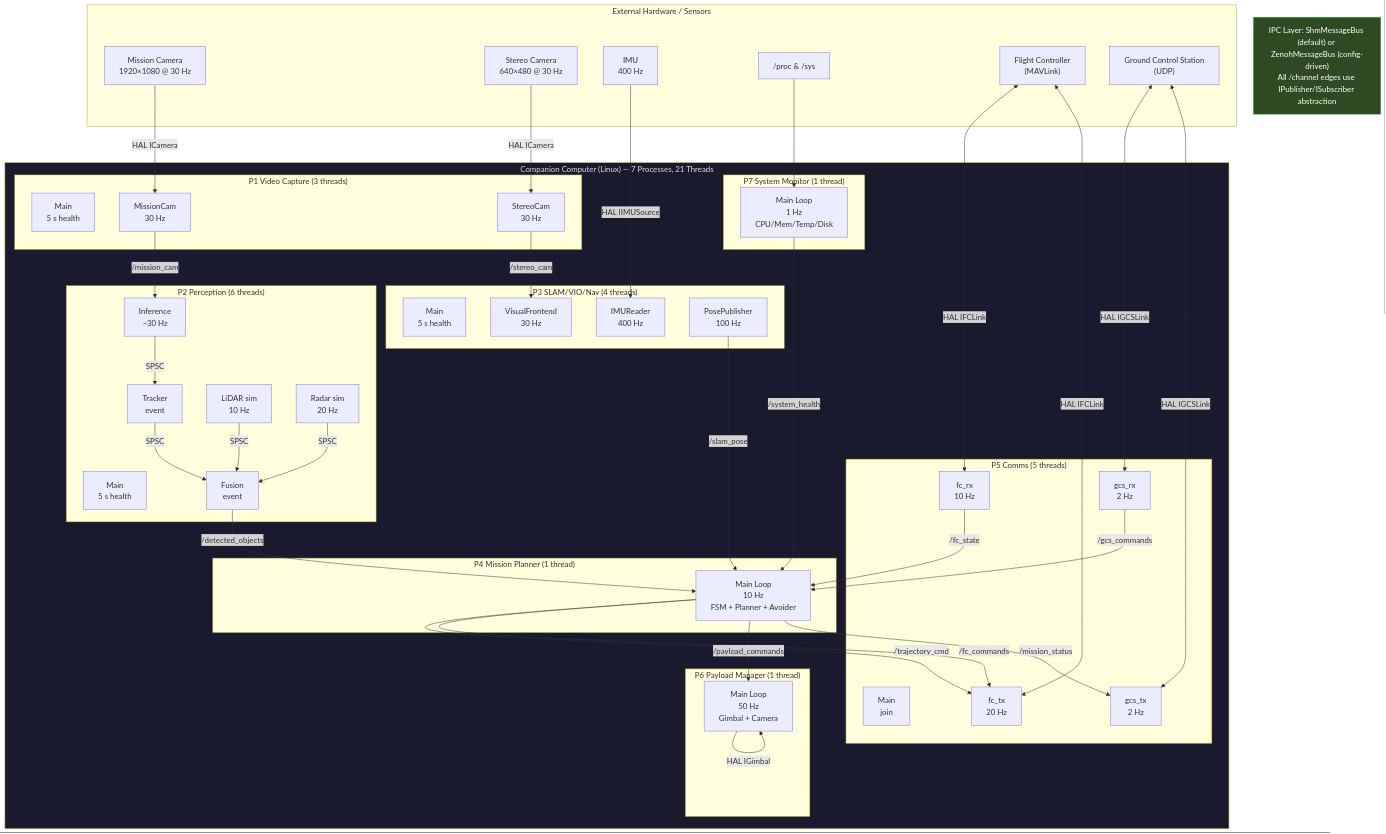
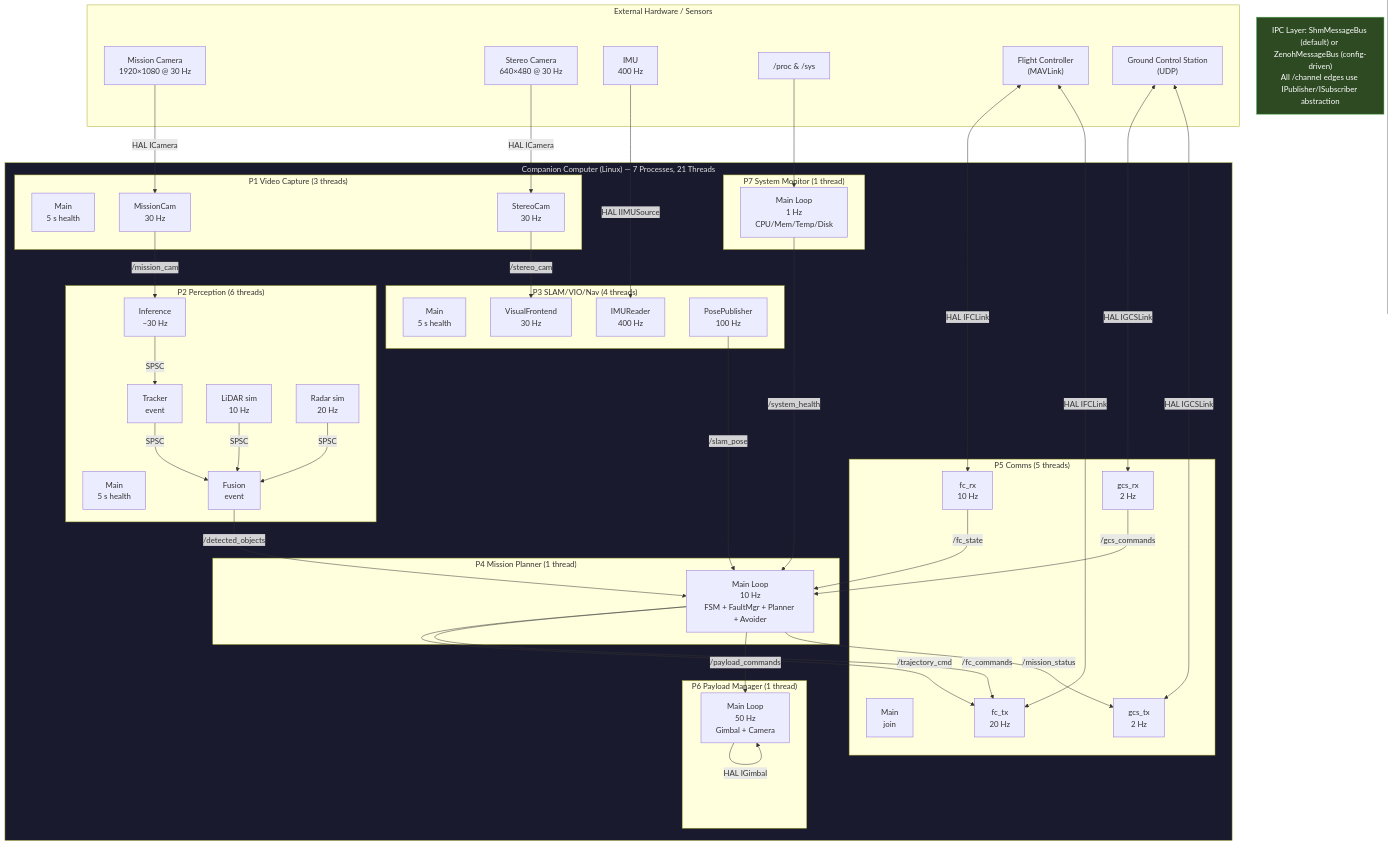
Before and after one commit to nmohamaya/companion_software_stack: the first of 9 diagrams in README.md, drawn with Mermaid. The commit also changed other lines of this file and 5 other files, not shown here.

```diff
--- a/README.md
+++ b/README.md
@@ -44,7 +44,7 @@
         end
 
         subgraph P4["P4 Mission Planner (1 thread)"]
-            P4_main["Main Loop<br/>10 Hz<br/>FSM + Planner + Avoider"]
+            P4_main["Main Loop<br/>10 Hz<br/>FSM + FaultMgr + Planner + Avoider"]
         end
 
         subgraph P5["P5 Comms (5 threads)"]
```
